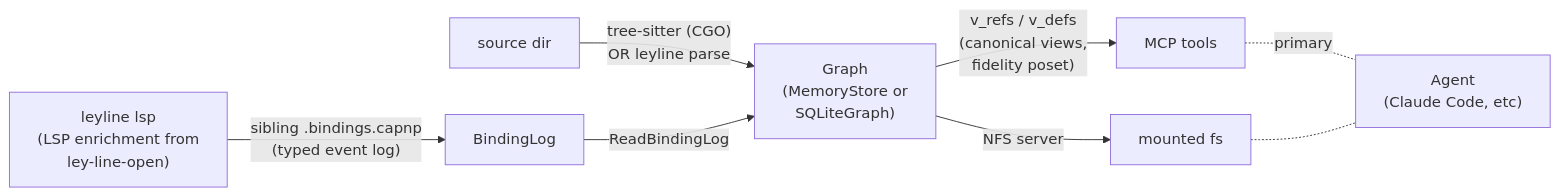
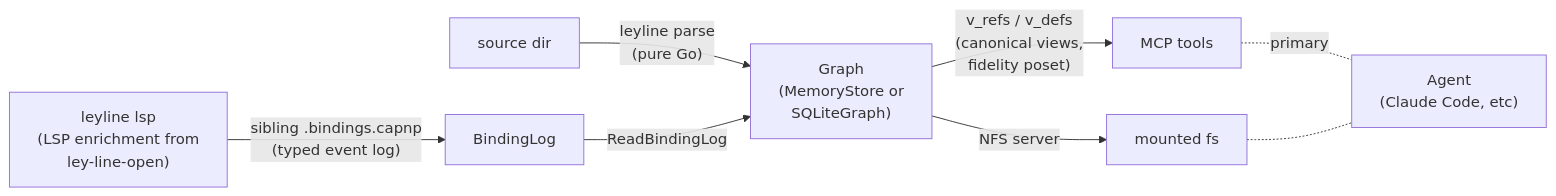
One commit to agentic-research/mache changed the diagram in README.md. Above: the diagram before and after it, drawn with Mermaid. The commit also changed other lines of this file and 3 other files, not shown here.

First line of the commit message:
[mache-37ae8b] docs: pure-Go end state — leyline universal parser, ADR-0012 fully shipped

````diff
--- a/README.md
+++ b/README.md
@@ -42,10 +42,10 @@
 ```mermaid
 flowchart LR
-    Source["source dir"] -->|"tree-sitter (CGO)<br/>OR leyline parse"| Graph
+    Source["source dir"] -->|"leyline parse<br/>(pure Go)"| Graph
     LSP["leyline lsp<br/>(LSP enrichment from<br/>ley-line-open)"] -->|"sibling .bindings.capnp<br/>(typed event log)"| BindingLog
     BindingLog -->|"ReadBindingLog"| Graph["Graph<br/>(MemoryStore or<br/>SQLiteGraph)"]
     Graph -->|"v_refs / v_defs<br/>(canonical views,<br/>fidelity poset)"| MCP["MCP tools"]
     Graph -->|"NFS server"| FS["mounted fs"]
     MCP -. "primary" .- Agent["Agent<br/>(Claude Code, etc)"]
     FS -.- Agent
 ```
````
